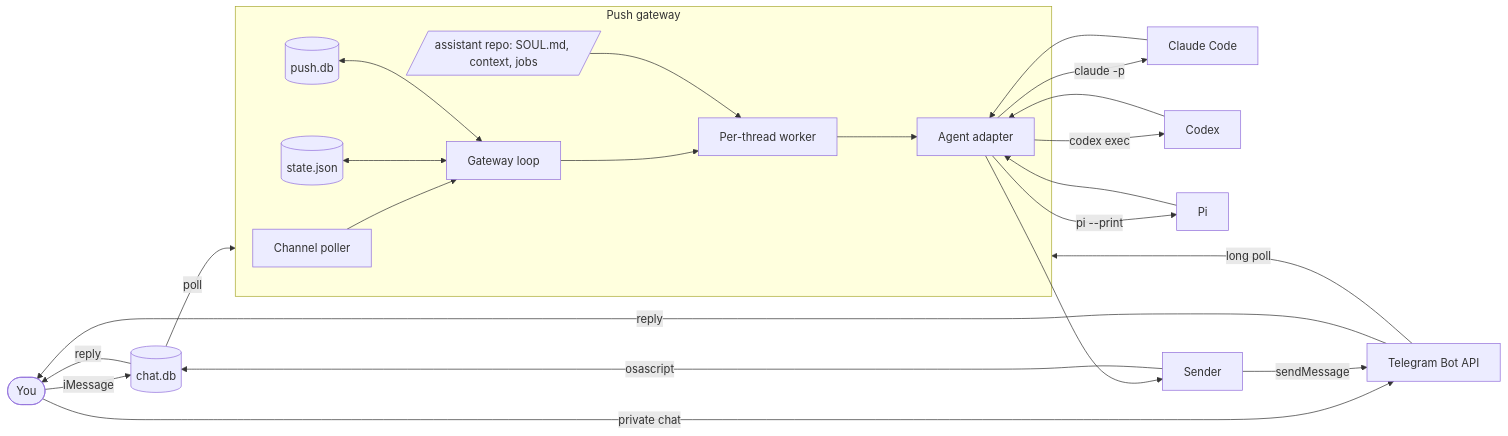
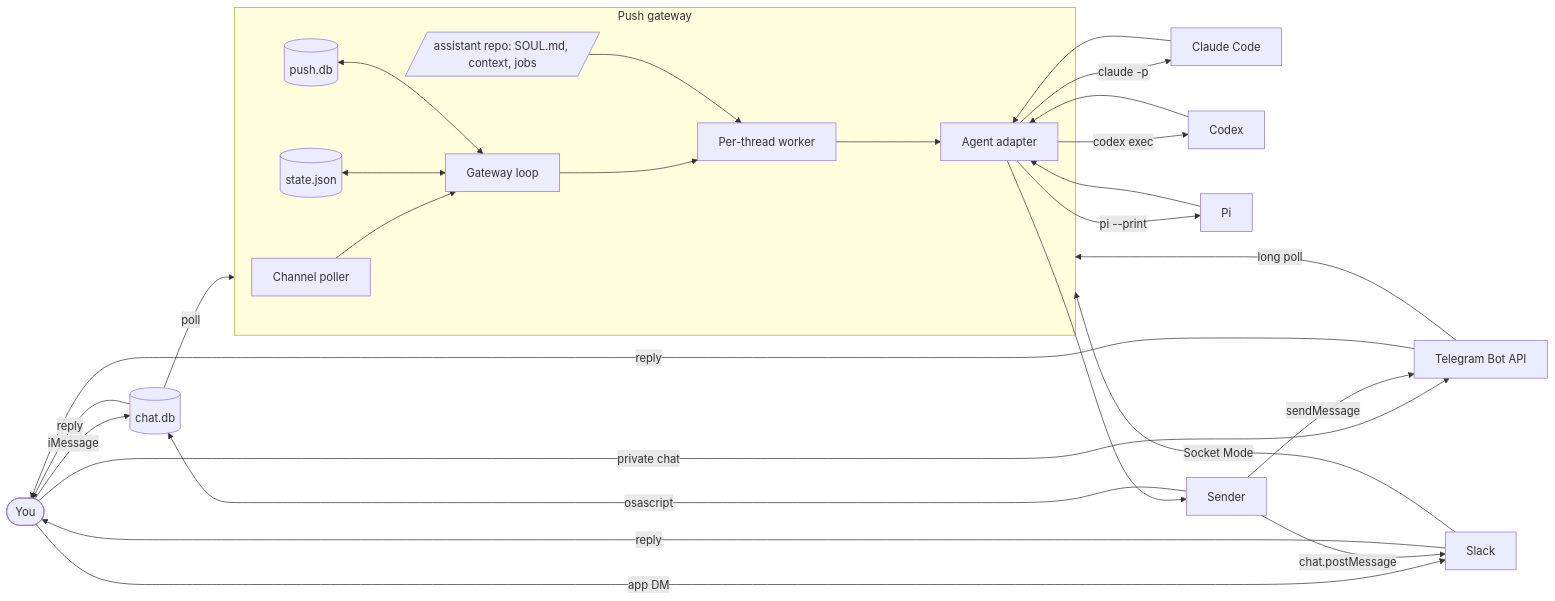
One commit to edheltzel/Relay changed the first of 2 diagrams in docs/architecture.md. Above: the diagram before and after it, drawn with Mermaid. The commit also changed other lines of this file and 24 other files, not shown here.

Commit message:
feat(slack): add direct message channel (#123)

````diff
--- a/docs/architecture.md
+++ b/docs/architecture.md
@@ -64,26 +64,30 @@
 ```mermaid
 flowchart LR
     user([You]) -->|iMessage| db[(chat.db)]
     user -->|private chat| tg[Telegram Bot API]
+    user -->|app DM| slack[Slack]
     db -->|poll| push
     tg -->|long poll| push
+    slack -->|Socket Mode| push
     subgraph push[Push gateway]
         poller[Channel poller] --> gateway[Gateway loop]
         gateway --> worker[Per-thread worker]
         store[(state.json)] <--> gateway
         history[(push.db)] <--> gateway
         assistant[/assistant repo: SOUL.md, context, jobs/] --> worker
         worker --> adapter[Agent adapter]
     end
     adapter -->|claude -p| claude[Claude Code]
     adapter -->|codex exec| codex[Codex]
     adapter -->|pi --print| pi[Pi]
     claude --> adapter
     codex --> adapter
     pi --> adapter
     adapter --> sender[Sender]
     sender -->|osascript| db
     sender -->|sendMessage| tg
+    sender -->|chat.postMessage| slack
     db -->|reply| user
     tg -->|reply| user
+    slack -->|reply| user
 ```
````
